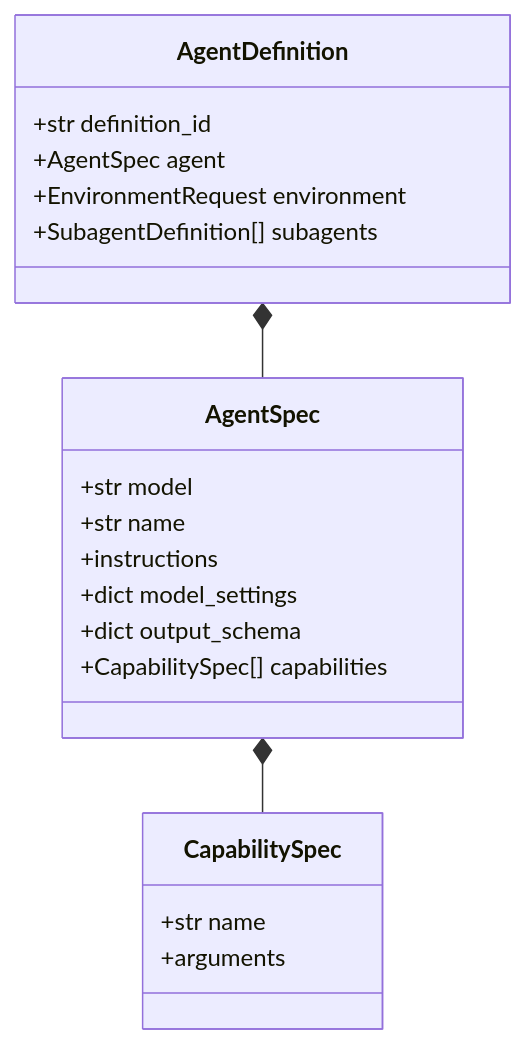
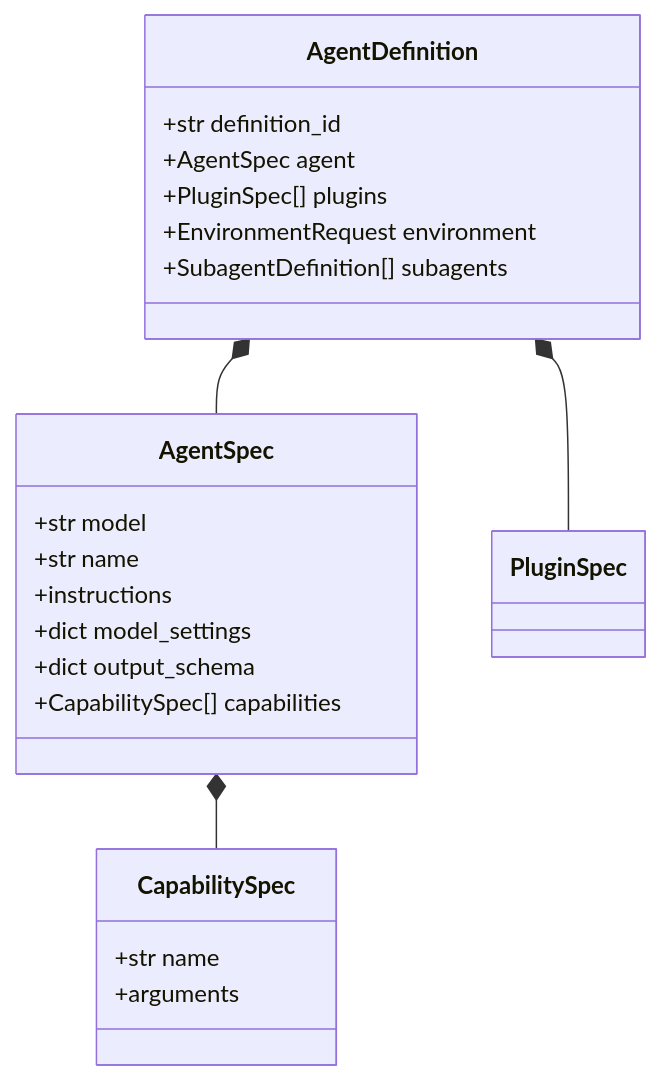
The second of 3 diagrams in spec/agent-harness/03-agent-definition-and-build.md (LTThreeComma/agent-foundation), drawn with Mermaid before and after one commit. The commit also changed other lines of this file and 21 other files, not shown here.

````diff
--- a/spec/agent-harness/03-agent-definition-and-build.md
+++ b/spec/agent-harness/03-agent-definition-and-build.md
@@ -92,23 +95,25 @@
 ```mermaid
 classDiagram
     class AgentDefinition {
         +str definition_id
         +AgentSpec agent
+        +PluginSpec[] plugins
         +EnvironmentRequest environment
         +SubagentDefinition[] subagents
     }
     class AgentSpec {
         +str model
         +str name
         +instructions
         +dict model_settings
         +dict output_schema
         +CapabilitySpec[] capabilities
     }
     class CapabilitySpec {
         +str name
         +arguments
     }
     AgentDefinition *-- AgentSpec
+    AgentDefinition *-- PluginSpec
     AgentSpec *-- CapabilitySpec
 ```
````
